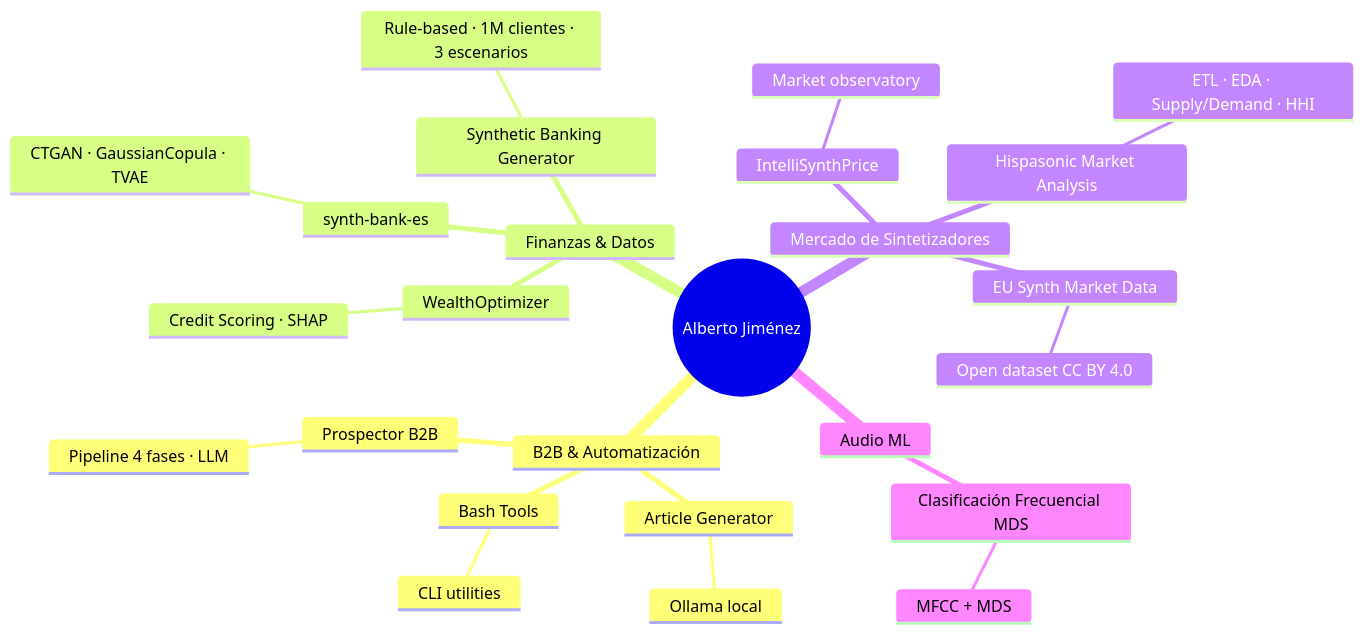
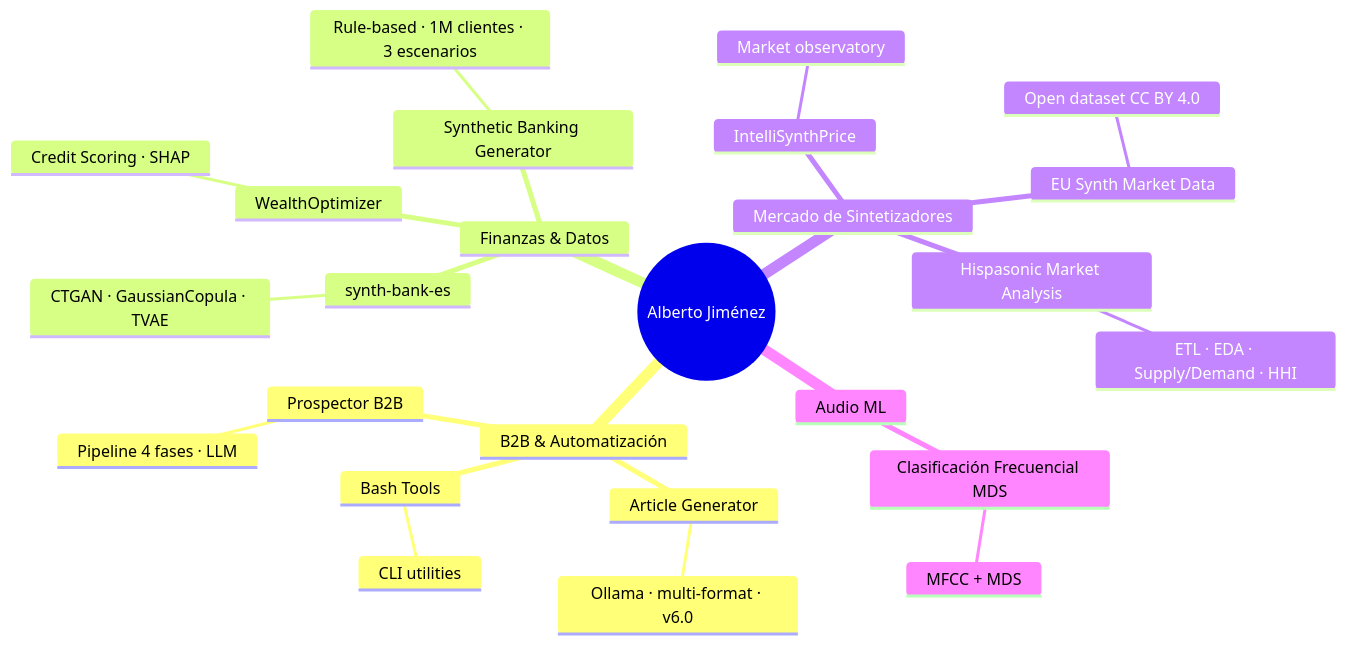
Before and after one commit to albertjimrod/albertjimrod: the diagram in README.md, drawn with Mermaid. The commit also changed other lines of this file, not shown here.

Commit message:
actualiza Article Generator: descripcion v6.0 y mindmap

````diff
--- a/README.md
+++ b/README.md
@@ -46,28 +46,28 @@
 ```mermaid
 mindmap
   root((Alberto Jiménez))
     B2B & Automatización
       Prospector B2B
         Pipeline 4 fases · LLM
       Article Generator
-        Ollama local
+        Ollama · multi-format · v6.0
       Bash Tools
         CLI utilities
     Finanzas & Datos
       WealthOptimizer
         Credit Scoring · SHAP
       synth-bank-es
         CTGAN · GaussianCopula · TVAE
       Synthetic Banking Generator
         Rule-based · 1M clientes · 3 escenarios
     Mercado de Sintetizadores
       IntelliSynthPrice
         Market observatory
       EU Synth Market Data
         Open dataset CC BY 4.0
       Hispasonic Market Analysis
         ETL · EDA · Supply/Demand · HHI
     Audio ML
       Clasificación Frecuencial MDS
         MFCC + MDS
 ```
````
